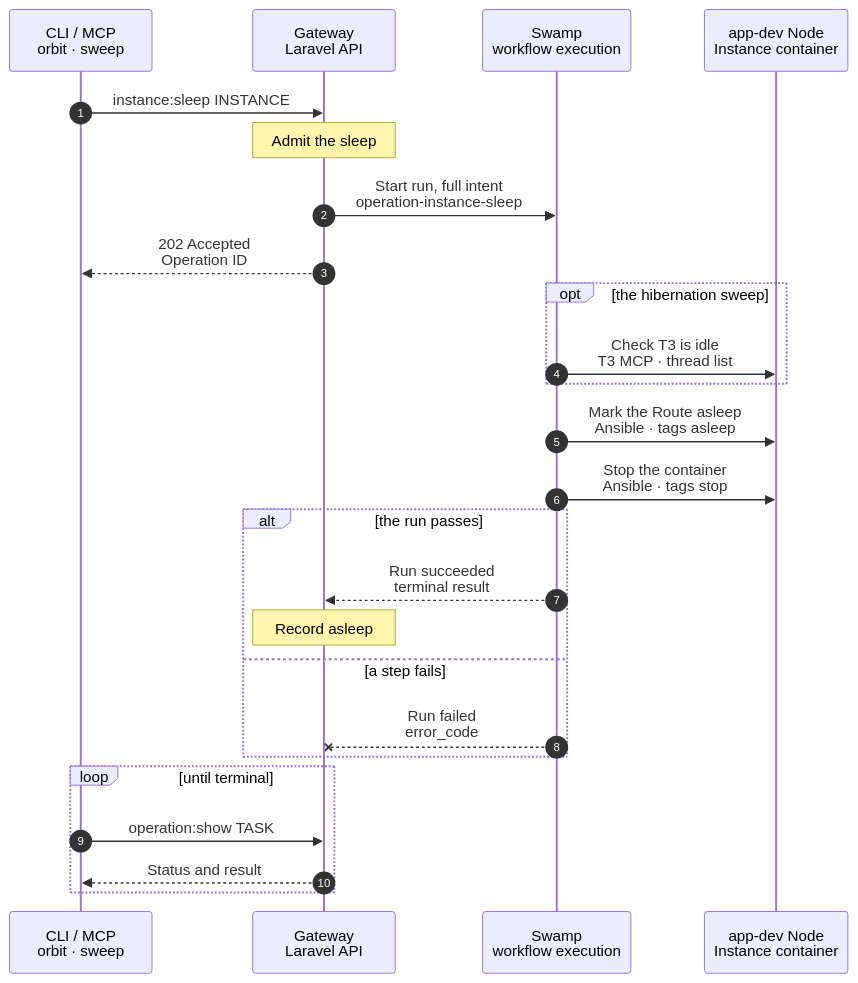
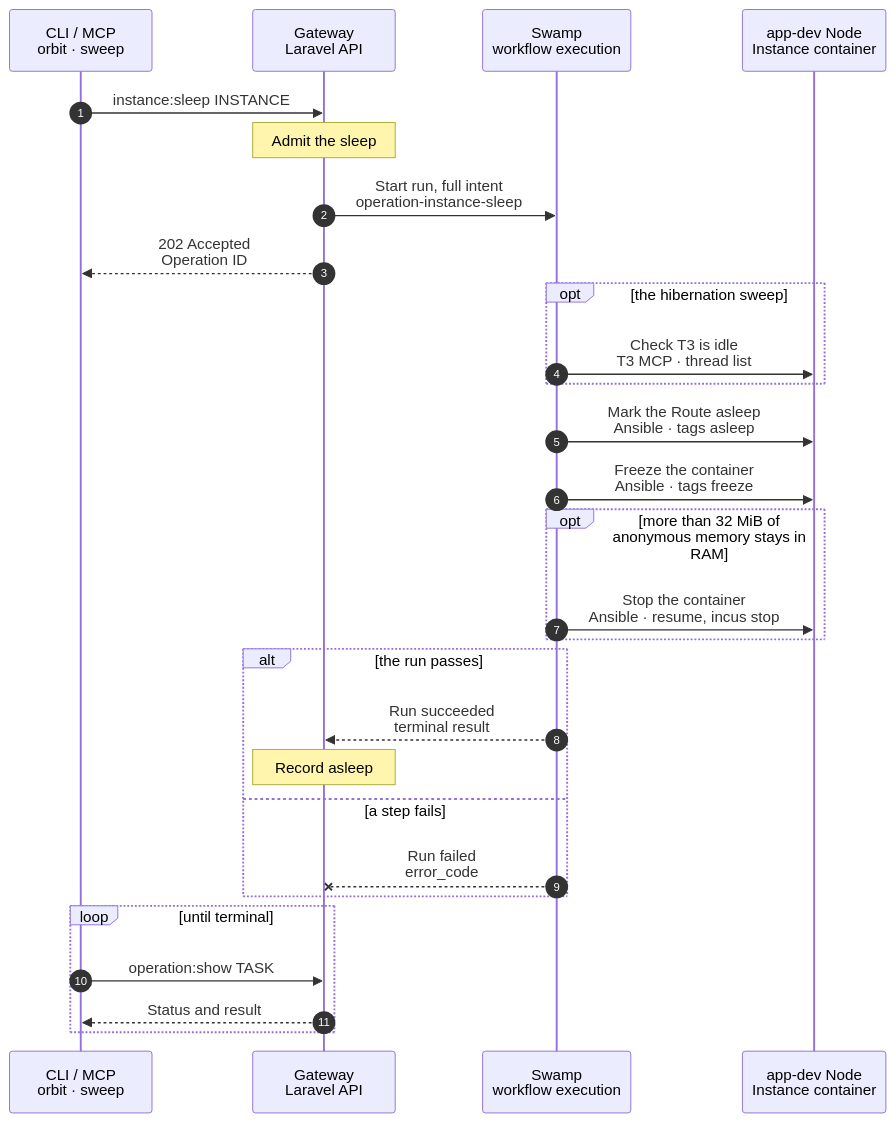
The diagram in docs/cli/instance/sleep.mmd (hardimpactdev/orbit), drawn with Mermaid before and after one commit. The commit also changed 11 other files, not shown here.

First line of the commit message:
docs(instances): a sleep freezes the container with its memory in swap

```diff
--- a/docs/cli/instance/sleep.mmd
+++ b/docs/cli/instance/sleep.mmd
@@ -1,68 +1,83 @@
 sequenceDiagram
-  %% Container runtime (ADR 0250 step 8, docs/reference/development-containers.md#sleep-and-wake): stop a development container and leave its Route on the wake page. The hibernation sweep admits the same kind after an idle hour; the command admits it at once.
+  %% Container runtime (ADR 0250 step 8, docs/reference/development-containers.md#sleep-and-wake): freeze a development container with its memory in swap and leave its Route on the wake page. The hibernation sweep admits the same kind after an idle hour; the command admits it at once.
   %% status: draft
   %% command: instance:sleep
   %% kind: instance.sleep
   autonumber
   %% lane CLI icon=terminal pill=caller tone=gray
   %% lane GW icon=gateway pill=intent tone=blue
   %% lane SW icon=workflow pill=executes tone=green
   %% lane N icon=server pill=target tone=amber
   participant CLI as CLI / MCP<br/>orbit · sweep
   participant GW as Gateway<br/>Laravel API
   participant SW as Swamp<br/>workflow execution
   participant N as app-dev Node<br/>Instance container
   CLI->>GW: instance:sleep INSTANCE
   %%> Command:
   %%> - `orbit instance:sleep INSTANCE`
   %%> - syntax: `<instance-id> [--json]`
   %%> Callers:
   %%> - the command, at once
   %%> - planned: the hibernation sweep, every 10 min, for an Instance without HTTP or T3 activity for an hour, without a running task and without a desired-running keep-alive Process
   Note over GW: Admit the sleep
   %%> When:
   %%> - an active development container that is not a default and not a nested-fleet Instance; take the Instance lock
   %%> On failure:
   %%> - no container, a default, a nested-fleet Instance, an active task or lifecycle work starts no run
   GW->>SW: Start run, full intent<br/>operation-instance-sleep
   GW-->>CLI: 202 Accepted<br/>Operation ID
   opt the hibernation sweep
     SW->>N: Check T3 is idle<br/>T3 MCP · thread list
     %%> When:
     %%> - planned, with the sweep; the sweep does not ship without this read
     %%> What it does:
     %%> - asks T3 for a running or queued turn and for the time of the last turn and client activity
     %%> Result:
     %%> - a turn or recent T3 activity ends the run with skip `t3_active`; the container stays running
     %%> Why:
     %%> - a sleep by itself never cuts a turn. The command does not check: its result says `t3_turn: not_checked`
   end
   SW->>N: Mark the Route asleep<br/>Ansible · tags asleep
   %%> What it does:
   %%> - checks that Caddy's loaded site of the Instance has the asleep rule, else `instance.sleep_route_unready`
   %%> - writes the asleep marker, so each request from now on gets the wake page
   %%> Why:
-  %%> - the marker comes before the stop: a request during the stop gets the wake page, not an error
-  SW->>N: Stop the container<br/>Ansible · tags stop
+  %%> - the marker comes before the freeze: a request during the freeze gets the wake page, not a hang
+  SW->>N: Freeze the container<br/>Ansible · tags freeze
   %%> What it does:
-  %%> - `incus stop` with a 30 s timeout: systemd stops T3, FrankenPHP and the Processes
-  %%> - a T3 turn that runs is cut; T3 continues it at the next wake
-  %%> - the disk, the databases, the Route, the unit states and the T3 sessions stay
+  %%> - writes `max` to the container cgroup's `memory.swap.max` (Incus writes 0), `incus pause`, then a reclaim of its memory
+  %%> - the processes and their state stay; their memory goes to swap, about 13 MiB stays in RAM
+  %%> - a frozen or stopped container stays as it is
+  %%> Why:
+  %%> - the reclaim follows the pause, so no running process pulls a page back
+  %%> - swap opens for this cgroup only and only while it sleeps: a running container never swaps
+  %%> On failure:
+  %%> - a failed swap write or pause writes 0 back and removes the marker, `instance.container_freeze_failed`; the container serves as before
+  opt more than 32 MiB of anonymous memory stays in RAM
+    SW->>N: Stop the container<br/>Ansible · resume, incus stop
+    %%> Why:
+    %%> - swap is full; a frozen container would hold RAM, which a sleep exists to free
+    %%> Result:
+    %%> - `sleep: stopped`; the next wake boots it behind the same marker
+    %%> On failure:
+    %%> - the resumed container runs: swap closes again, the marker goes, `instance.container_freeze_failed`
+  end
   alt the run passes
     %% path: main
     SW-->>GW: Run succeeded<br/>terminal result
     Note over GW: Record asleep
     %%> Result:
-    %%> - the runtime's `power_state` is `stopped`; the Conn layer shows its T3 server asleep
+    %%> - the runtime's `power_state` is `stopped` for a frozen and a stopped container; the result says `sleep: frozen` or `sleep: stopped`
+    %%> - the Conn layer shows its T3 server asleep; the hourly renewal skips it
   else a step fails
     %% path: failed
     SW--xGW: Run failed<br/>error_code
     %%> Result:
-    %%> - `power_state` stays as it was. A marker without a stop is harmless: the next request wakes the Instance, which removes it
+    %%> - `power_state` stays as it was. A marker left on a running container is harmless: the next request wakes the Instance, which removes it
     %%> Retry:
     %%> - the same command again
   end
   loop until terminal
     CLI->>GW: operation:show TASK
     GW-->>CLI: Status and result
   end
```
